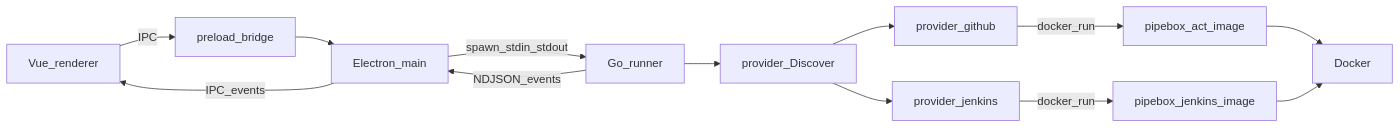
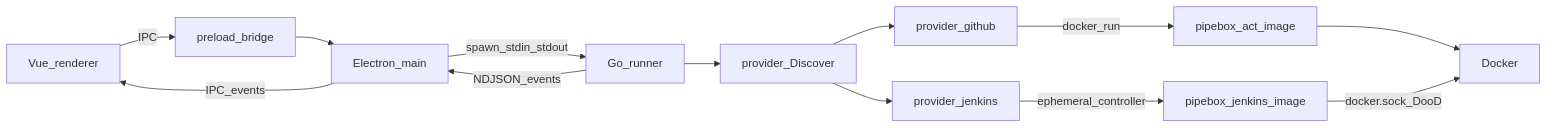
The diagram in AGENTS.md (MaxiGarcia13/pipebox), drawn with Mermaid before and after one commit. The commit also changed other lines of this file and 47 other files, not shown here.

Commit message:
feat: Transition PipeBox to utilize an ephemeral Jenkins controller, enhancing CI capabilities with improved Docker integration and updated documentation

````diff
--- a/AGENTS.md
+++ b/AGENTS.md
@@ -9,15 +9,15 @@
 ```mermaid
 flowchart LR
   Vue[Vue_renderer] -->|IPC| Preload[preload_bridge]
   Preload --> Main[Electron_main]
   Main -->|spawn_stdin_stdout| Runner[Go_runner]
   Runner --> Discover[provider_Discover]
   Discover --> GH[provider_github]
   Discover --> JK[provider_jenkins]
   GH -->|docker_run| ActImage[pipebox_act_image]
-  JK -->|docker_run| JfrImage[pipebox_jenkins_image]
+  JK -->|ephemeral_controller| JenkinsImage[pipebox_jenkins_image]
   ActImage --> Docker[Docker]
-  JfrImage --> Docker
+  JenkinsImage -->|docker.sock_DooD| Docker
   Runner -->|NDJSON_events| Main
   Main -->|IPC_events| Vue
 ```
````
